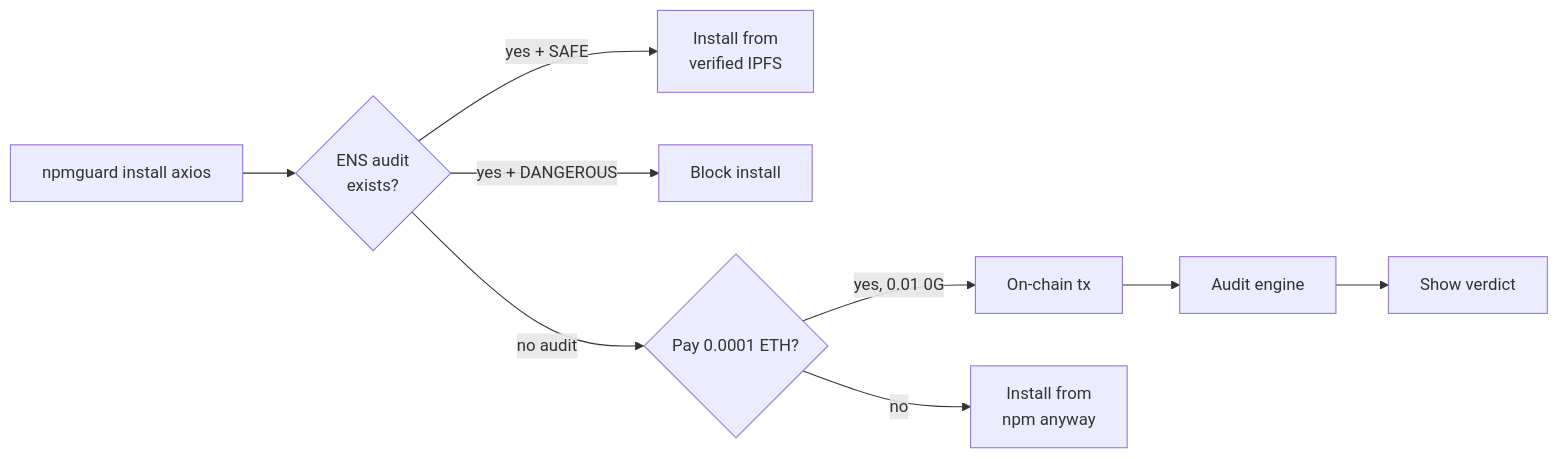
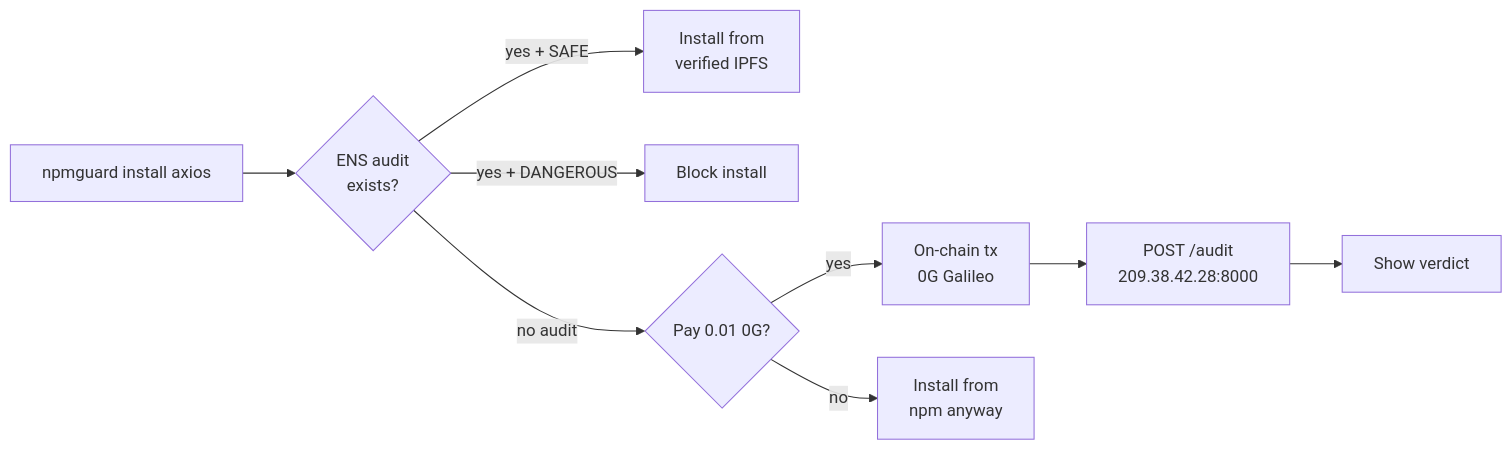
One commit to kryczkal/EthCannes2026 changed the second of 2 diagrams in README.md. Above: the diagram before and after it, drawn with Mermaid. The commit also changed other lines of this file, not shown here.

````diff
--- a/README.md
+++ b/README.md
@@ -49,9 +59,9 @@
 ```mermaid
 flowchart LR
     A[npmguard install axios] --> B{ENS audit<br/>exists?}
     B -->|yes + SAFE| C[Install from<br/>verified IPFS]
     B -->|yes + DANGEROUS| D[Block install]
-    B -->|no audit| E{Pay 0.0001 ETH?}
-    E -->|yes, 0.01 0G| F[On-chain tx] --> G[Audit engine] --> H[Show verdict]
+    B -->|no audit| E{Pay 0.01 0G?}
+    E -->|yes| F[On-chain tx<br/>0G Galileo] --> G[POST /audit<br/>209.38.42.28:8000] --> H[Show verdict]
     E -->|no| I[Install from<br/>npm anyway]
 ```
````
